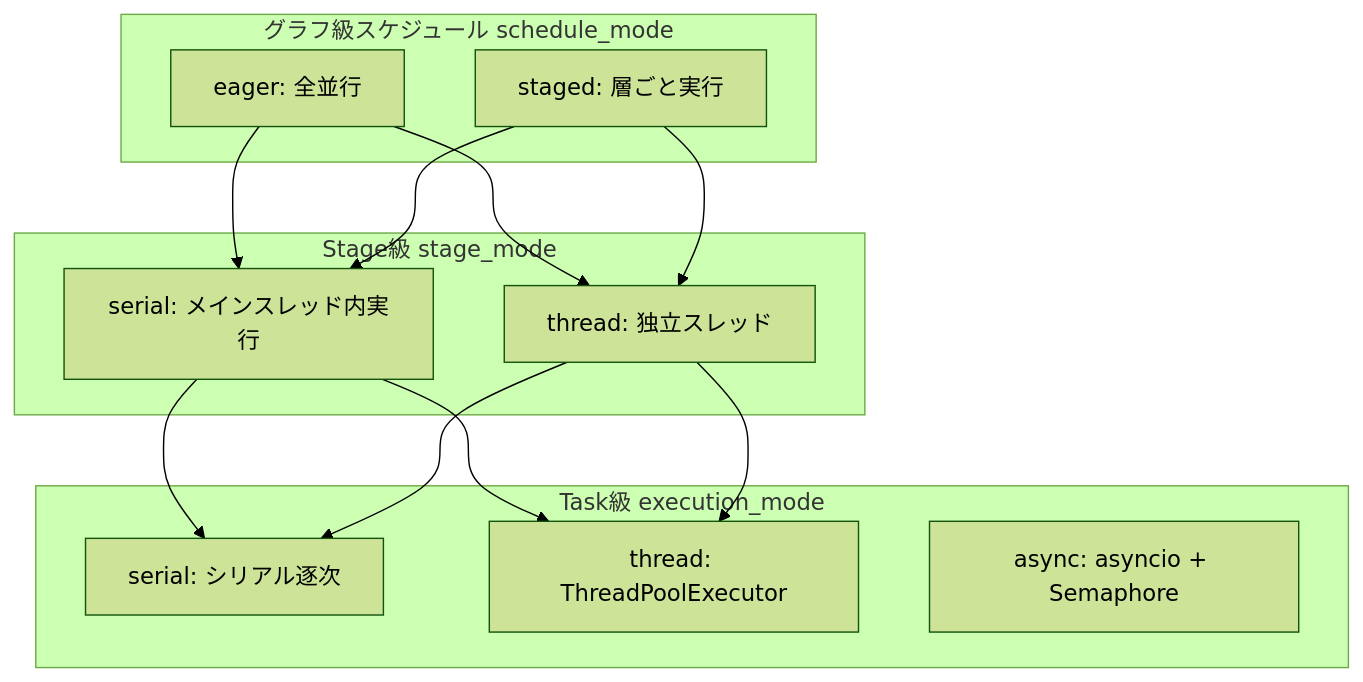
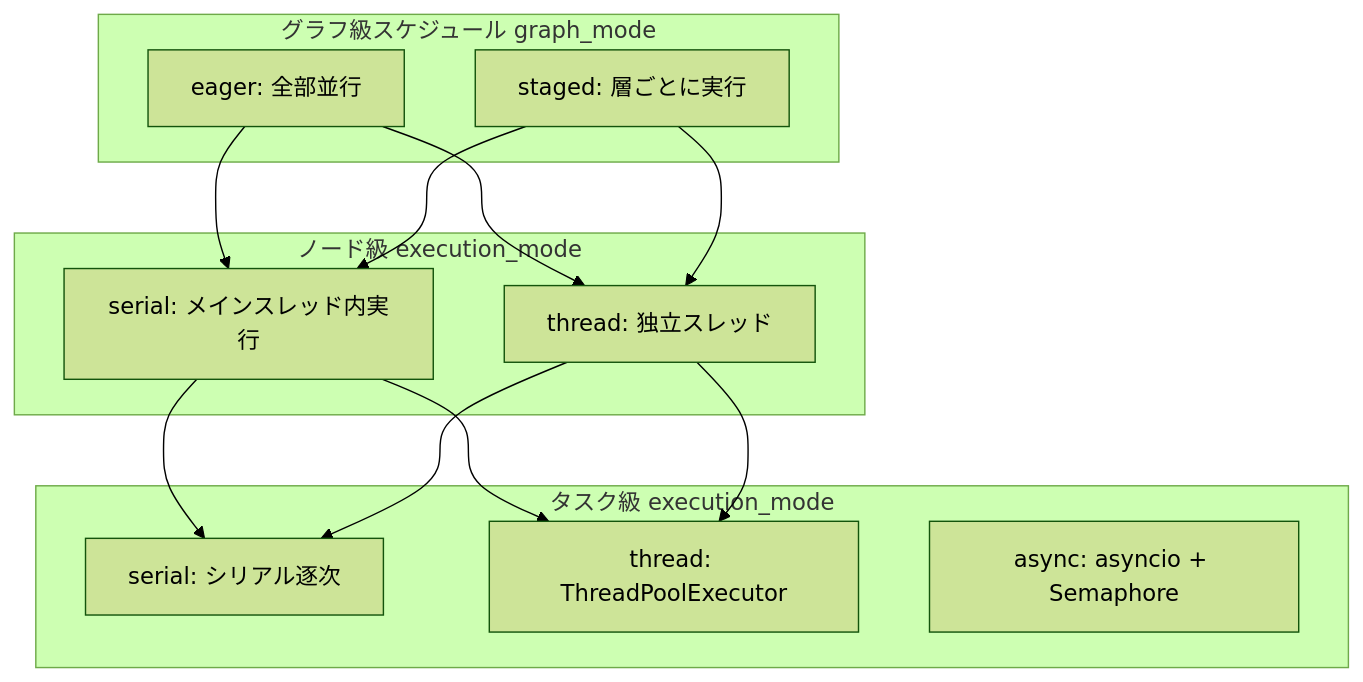
The fourth of 9 diagrams in docs/ja/presentation.md (Mr-xiaotian/CelestialFlow), drawn with Mermaid (forest theme) before and after one commit. The commit also changed other lines of this file and 181 other files, not shown here.

````diff
--- a/docs/ja/presentation.md
+++ b/docs/ja/presentation.md
@@ -221,27 +215,27 @@
 ```mermaid
 graph TD
-    subgraph グラフ級スケジュール schedule_mode
-        A[eager: 全並行]
-        B[staged: 層ごと実行]
+    subgraph グラフ級スケジュール graph_mode
+        A[eager: 全部並行]
+        B[staged: 層ごとに実行]
     end
 
-    subgraph Stage級 stage_mode
+    subgraph ノード級 execution_mode
         C[serial: メインスレッド内実行]
         D[thread: 独立スレッド]
     end
 
-    subgraph Task級 execution_mode
+    subgraph タスク級 execution_mode
         E[serial: シリアル逐次]
         F[thread: ThreadPoolExecutor]
         H[async: asyncio + Semaphore]
     end
 
     A --> C
     A --> D
     B --> C
     B --> D
     C --> E
     C --> F
     D --> E
     D --> F
 ```
````
